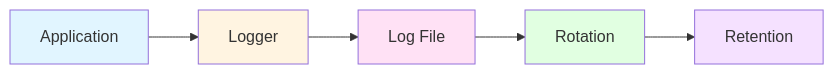
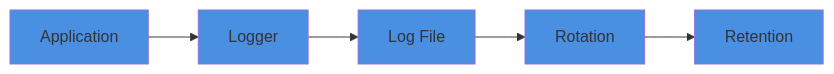
Before and after one commit to syed-sameer-ul-hassan/FishME: the ninth of 9 diagrams in README.md, drawn with Mermaid. The commit also changed other lines of this file, not shown here.

````diff
--- a/README.md
+++ b/README.md
@@ -360,13 +360,13 @@
 ```mermaid
 flowchart LR
     A[Application] --> B[Logger]
     B --> C[Log File]
     C --> D[Rotation]
     D --> E[Retention]
     
-    style A fill:#e1f5ff
-    style B fill:#fff4e1
-    style C fill:#ffe1f5
-    style D fill:#e1ffe1
-    style E fill:#f5e1ff
+    style A fill:#4a90e2
+    style B fill:#4a90e2
+    style C fill:#4a90e2
+    style D fill:#4a90e2
+    style E fill:#4a90e2
 ```
````
